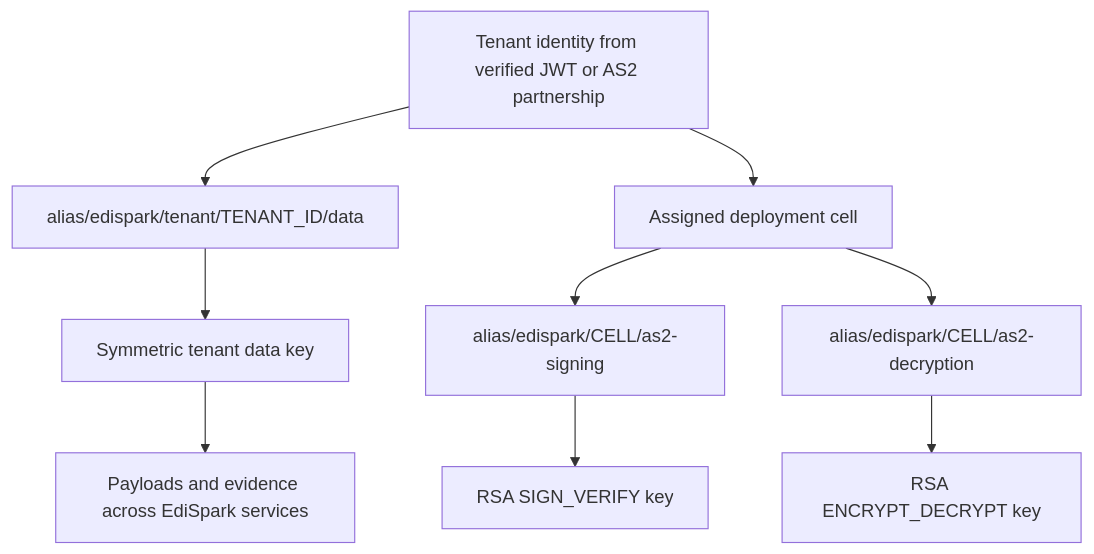
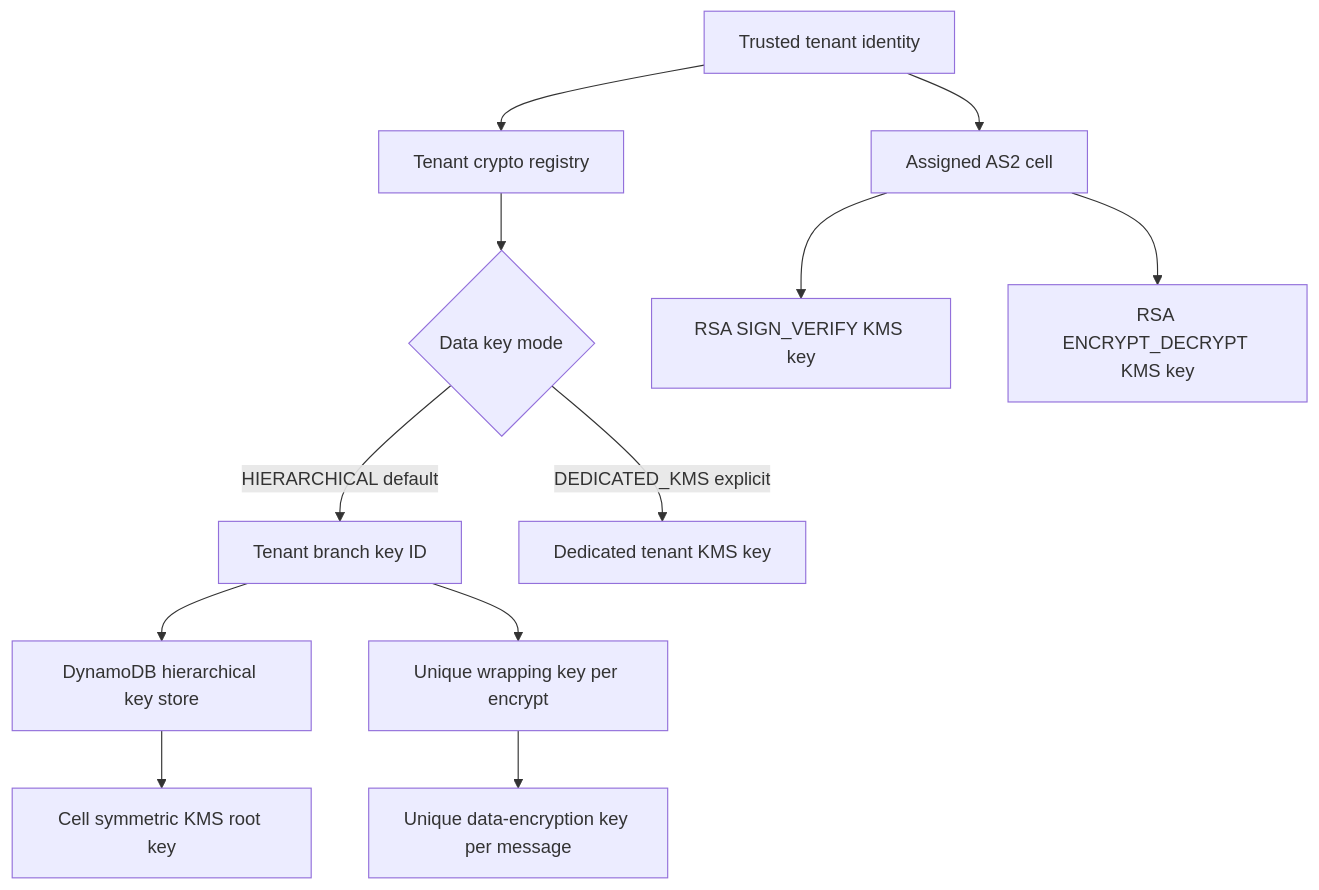
The diagram in docs/mft/kms-key-strategy.md (mridehalgh/edispark-v3), drawn with Mermaid before and after one commit. The commit also changed other lines of this file and 55 other files, not shown here.

````diff
--- a/docs/mft/kms-key-strategy.md
+++ b/docs/mft/kms-key-strategy.md
@@ -13,13 +22,16 @@
 ```mermaid
 flowchart TD
-    T[Tenant identity from verified JWT or AS2 partnership]
-    T --> D[alias/edispark/tenant/TENANT_ID/data]
-    D --> S[Symmetric tenant data key]
-    S --> P[Payloads and evidence across EdiSpark services]
+    T[Trusted tenant identity]
+    T --> R[Tenant crypto registry]
+    R --> M{Data key mode}
+    M -->|HIERARCHICAL default| B[Tenant branch key ID]
+    B --> KS[DynamoDB hierarchical key store]
+    KS --> K[Cell symmetric KMS root key]
+    B --> W[Unique wrapping key per encrypt]
+    W --> D[Unique data-encryption key per message]
+    M -->|DEDICATED_KMS explicit| DK[Dedicated tenant KMS key]
 
-    T --> C[Assigned deployment cell]
-    C --> SG[alias/edispark/CELL/as2-signing]
-    C --> DC[alias/edispark/CELL/as2-decryption]
-    SG --> SK[RSA SIGN_VERIFY key]
-    DC --> DK[RSA ENCRYPT_DECRYPT key]
+    T --> C[Assigned AS2 cell]
+    C --> SG[RSA SIGN_VERIFY KMS key]
+    C --> DC[RSA ENCRYPT_DECRYPT KMS key]
 ```
````
